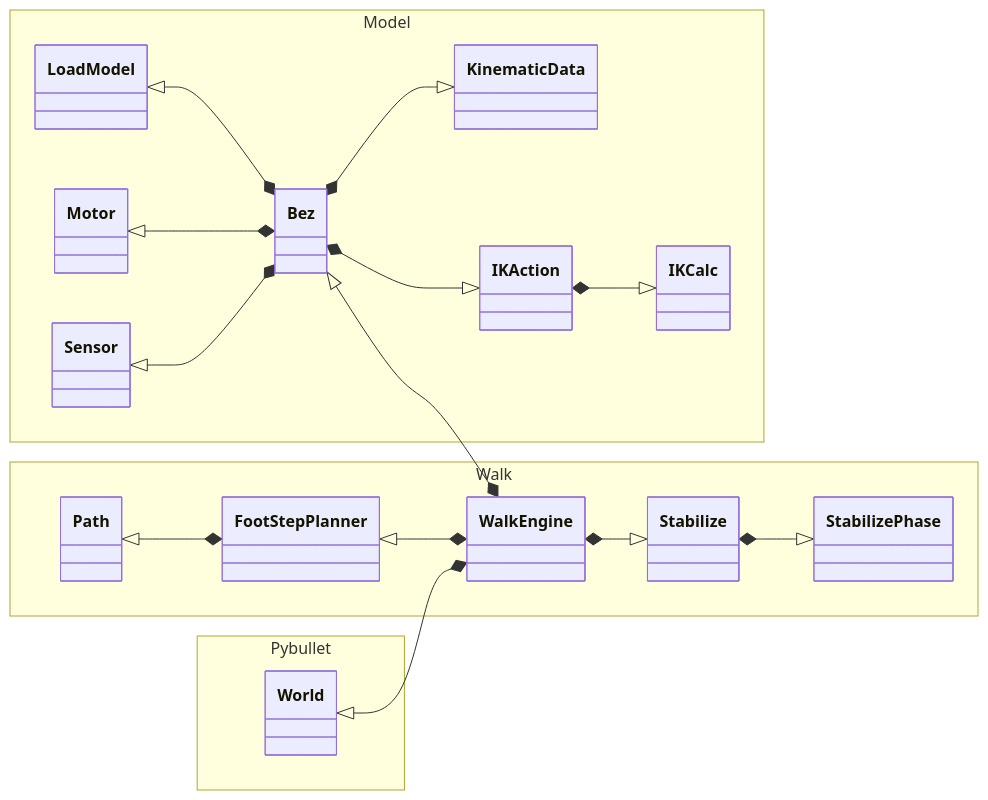
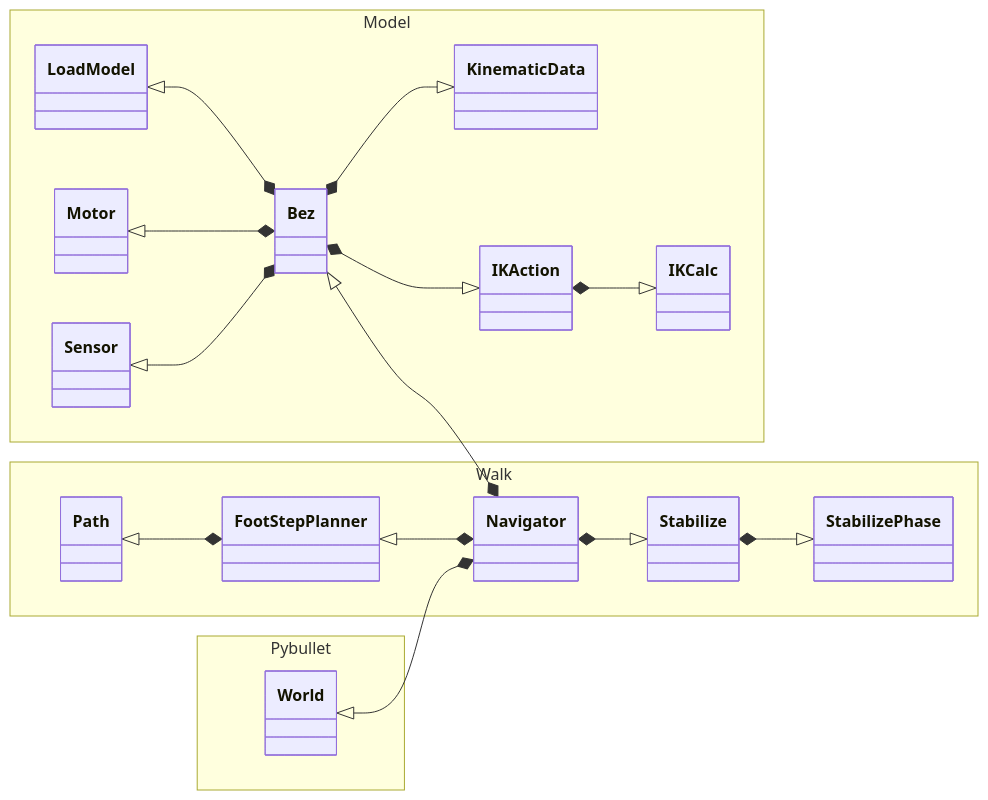
The diagram in soccer_control/soccer_pycontrol/doc/ClassDiagrams.md (utra-robosoccer/soccerbot), drawn with Mermaid before and after one commit. The commit also changed 12 other files, not shown here.

````diff
--- a/soccer_control/soccer_pycontrol/doc/ClassDiagrams.md
+++ b/soccer_control/soccer_pycontrol/doc/ClassDiagrams.md
@@ -5,53 +5,53 @@
 ```mermaid
 %%{init: {"classDiagram": {"useMaxWidth": false}} }%%
 classDiagram
     direction LR
     namespace Model {
         class Bez
         class Motor
         class Sensor
         class LoadModel
         class KinematicData
         class IKAction
         class IKCalc
     }
     namespace Walk {
-        class WalkEngine
+        class Navigator
         class FootStepPlanner
         class Path
         class Stabilize
         class StabilizePhase
 
     }
     namespace Pybullet {
         class World
 
     }
 %%    Bez *--|> LoadModel
     LoadModel <|--* Bez
 %%    Bez *--|> Motor
     Motor <|--* Bez
 %%    Bez *--|> Sensor
     Sensor <|--* Bez
 
     Bez *--|> KinematicData
     Bez *--|> IKAction
     IKAction *--|> IKCalc
 
 
 %%    Nav *--|> FootStepPlanner
-    FootStepPlanner <|--* WalkEngine
+    FootStepPlanner <|--* Navigator
 %%    FootStepPlanner *--|> Path
     Path <|--* FootStepPlanner
 
-    WalkEngine *--|> Stabilize
+    Navigator *--|> Stabilize
     Stabilize *--|> StabilizePhase
 
 %%    Nav *--|> World
-    World <|--* WalkEngine
+    World <|--* Navigator
 %%    Nav *--|> Bez
-    Bez <|--* WalkEngine
+    Bez <|--* Navigator
 
 
 
 ```
````
